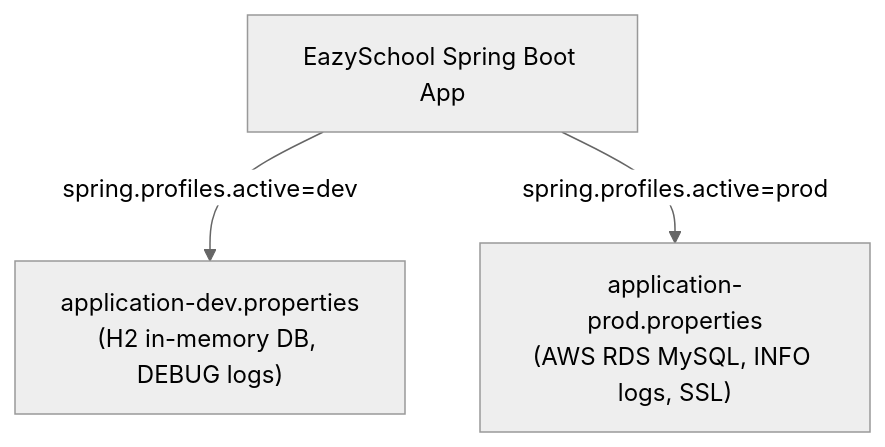
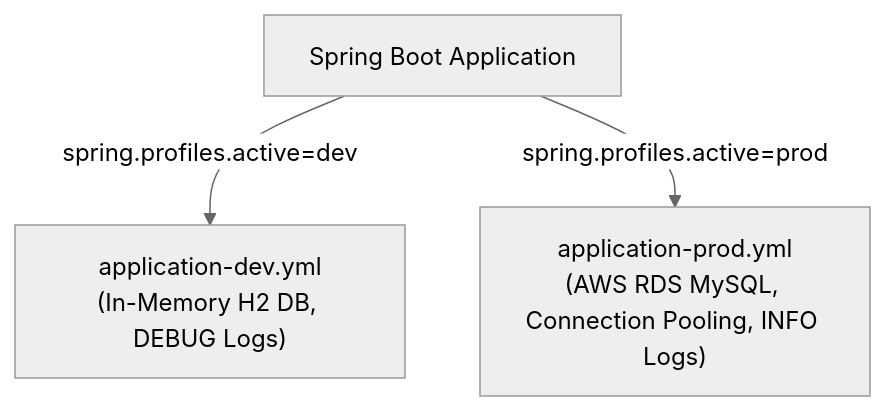
The eighth of 10 diagrams in 06-Java-and-Spring-Boot/05-Spring-REST-Microservices-and-Production.md (rohithgowda18/Notes), drawn with Mermaid (neutral theme) before and after one commit. The commit also changed other lines of this file and 13 other files, not shown here.

Commit message:
docs: upgrade Spring Boot study guides to Spring Boot 3+, Spring 6, Security 6, Jakarta, and add architecture diagrams

````diff
--- a/06-Java-and-Spring-Boot/05-Spring-REST-Microservices-and-Production.md
+++ b/06-Java-and-Spring-Boot/05-Spring-REST-Microservices-and-Production.md
@@ -406,6 +508,6 @@
 ```mermaid
 flowchart TD
-    App["EazySchool Spring Boot App"]
-    App -->|spring.profiles.active=dev| Dev["application-dev.properties<br>(H2 in-memory DB, DEBUG logs)"]
-    App -->|spring.profiles.active=prod| Prod["application-prod.properties<br>(AWS RDS MySQL, INFO logs, SSL)"]
+    App["Spring Boot Application"]
+    App -->|spring.profiles.active=dev| Dev["application-dev.yml<br>(In-Memory H2 DB, DEBUG Logs)"]
+    App -->|spring.profiles.active=prod| Prod["application-prod.yml<br>(AWS RDS MySQL, Connection Pooling, INFO Logs)"]
 ```
````
